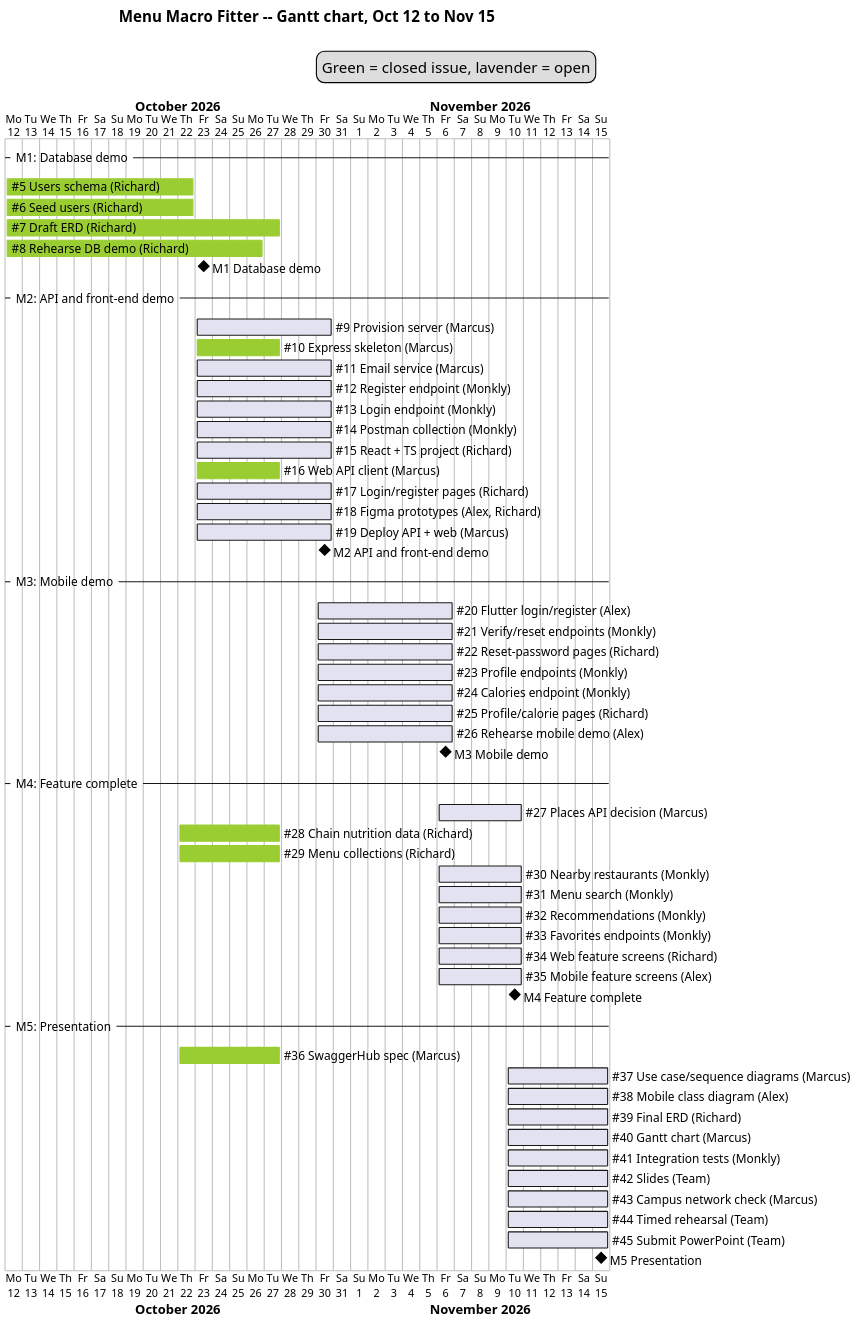
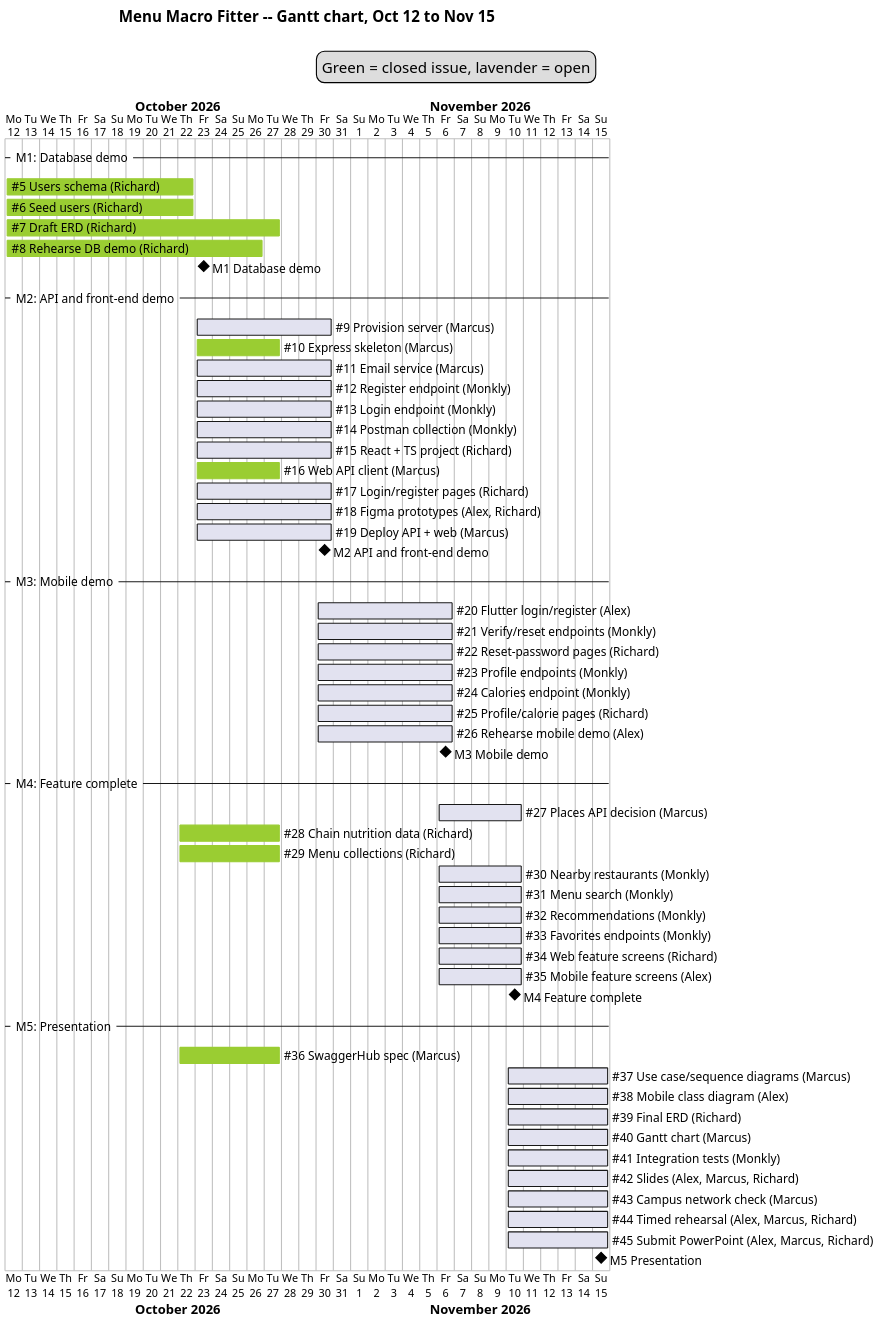
One commit to polter-dev/POOSD_large_proj changed the diagram in docs/diagrams/gantt.puml. Above: the diagram before and after it, drawn with PlantUML. The commit also changed 1 other file, not shown here.

Commit message:
Gantt: list actual assignees for #42, #44, #45 instead of Team

```diff
--- a/docs/diagrams/gantt.puml
+++ b/docs/diagrams/gantt.puml
@@ -1,72 +1,72 @@
 @startgantt gantt
 ' Menu Macro Fitter -- project schedule, Oct 12 to Nov 15 (issue #40)
 ' One bar per GitHub issue. Start = previous milestone's due date (Oct 12 for M1),
 ' end = the issue's milestone due date, or its closedAt date if closed.
 ' Closed issues finished before their window opened start at their creation date (Oct 22).
 ' Skipped: #3, #4 (admin), #49, #57 (decision/follow-up issues).
 
 skinparam defaultFontName Verdana
 scale 2
 title Menu Macro Fitter -- Gantt chart, Oct 12 to Nov 15
 
 Project starts 2026-10-12
 legend top right
   Green = closed issue, lavender = open
 end legend
 
 -- M1: Database demo --
 [~#5 Users schema (Richard)] starts 2026-10-12 and ends 2026-10-22 and is colored in YellowGreen
 [~#6 Seed users (Richard)] starts 2026-10-12 and ends 2026-10-22 and is colored in YellowGreen
 [~#7 Draft ERD (Richard)] starts 2026-10-12 and ends 2026-10-27 and is colored in YellowGreen
 [~#8 Rehearse DB demo (Richard)] starts 2026-10-12 and ends 2026-10-26 and is colored in YellowGreen
 [M1 Database demo] happens at 2026-10-23
 
 -- M2: API and front-end demo --
 [~#9 Provision server (Marcus)] starts 2026-10-23 and ends 2026-10-30
 [~#10 Express skeleton (Marcus)] starts 2026-10-23 and ends 2026-10-27 and is colored in YellowGreen
 [~#11 Email service (Marcus)] starts 2026-10-23 and ends 2026-10-30
 [~#12 Register endpoint (Monkly)] starts 2026-10-23 and ends 2026-10-30
 [~#13 Login endpoint (Monkly)] starts 2026-10-23 and ends 2026-10-30
 [~#14 Postman collection (Monkly)] starts 2026-10-23 and ends 2026-10-30
 [~#15 React + TS project (Richard)] starts 2026-10-23 and ends 2026-10-30
 [~#16 Web API client (Marcus)] starts 2026-10-23 and ends 2026-10-27 and is colored in YellowGreen
 [~#17 Login/register pages (Richard)] starts 2026-10-23 and ends 2026-10-30
 [~#18 Figma prototypes (Alex, Richard)] starts 2026-10-23 and ends 2026-10-30
 [~#19 Deploy API + web (Marcus)] starts 2026-10-23 and ends 2026-10-30
 [M2 API and front-end demo] happens at 2026-10-30
 
 -- M3: Mobile demo --
 [~#20 Flutter login/register (Alex)] starts 2026-10-30 and ends 2026-11-06
 [~#21 Verify/reset endpoints (Monkly)] starts 2026-10-30 and ends 2026-11-06
 [~#22 Reset-password pages (Richard)] starts 2026-10-30 and ends 2026-11-06
 [~#23 Profile endpoints (Monkly)] starts 2026-10-30 and ends 2026-11-06
 [~#24 Calories endpoint (Monkly)] starts 2026-10-30 and ends 2026-11-06
 [~#25 Profile/calorie pages (Richard)] starts 2026-10-30 and ends 2026-11-06
 [~#26 Rehearse mobile demo (Alex)] starts 2026-10-30 and ends 2026-11-06
 [M3 Mobile demo] happens at 2026-11-06
 
 -- M4: Feature complete --
 [~#27 Places API decision (Marcus)] starts 2026-11-06 and ends 2026-11-10
 [~#28 Chain nutrition data (Richard)] starts 2026-10-22 and ends 2026-10-27 and is colored in YellowGreen
 [~#29 Menu collections (Richard)] starts 2026-10-22 and ends 2026-10-27 and is colored in YellowGreen
 [~#30 Nearby restaurants (Monkly)] starts 2026-11-06 and ends 2026-11-10
 [~#31 Menu search (Monkly)] starts 2026-11-06 and ends 2026-11-10
 [~#32 Recommendations (Monkly)] starts 2026-11-06 and ends 2026-11-10
 [~#33 Favorites endpoints (Monkly)] starts 2026-11-06 and ends 2026-11-10
 [~#34 Web feature screens (Richard)] starts 2026-11-06 and ends 2026-11-10
 [~#35 Mobile feature screens (Alex)] starts 2026-11-06 and ends 2026-11-10
 [M4 Feature complete] happens at 2026-11-10
 
 -- M5: Presentation --
 [~#36 SwaggerHub spec (Marcus)] starts 2026-10-22 and ends 2026-10-27 and is colored in YellowGreen
 [~#37 Use case/sequence diagrams (Marcus)] starts 2026-11-10 and ends 2026-11-15
 [~#38 Mobile class diagram (Alex)] starts 2026-11-10 and ends 2026-11-15
 [~#39 Final ERD (Richard)] starts 2026-11-10 and ends 2026-11-15
 [~#40 Gantt chart (Marcus)] starts 2026-11-10 and ends 2026-11-15
 [~#41 Integration tests (Monkly)] starts 2026-11-10 and ends 2026-11-15
-[~#42 Slides (Team)] starts 2026-11-10 and ends 2026-11-15
+[~#42 Slides (Alex, Marcus, Richard)] starts 2026-11-10 and ends 2026-11-15
 [~#43 Campus network check (Marcus)] starts 2026-11-10 and ends 2026-11-15
-[~#44 Timed rehearsal (Team)] starts 2026-11-10 and ends 2026-11-15
-[~#45 Submit PowerPoint (Team)] starts 2026-11-10 and ends 2026-11-15
+[~#44 Timed rehearsal (Alex, Marcus, Richard)] starts 2026-11-10 and ends 2026-11-15
+[~#45 Submit PowerPoint (Alex, Marcus, Richard)] starts 2026-11-10 and ends 2026-11-15
 [M5 Presentation] happens at 2026-11-15
 @endgantt
```
